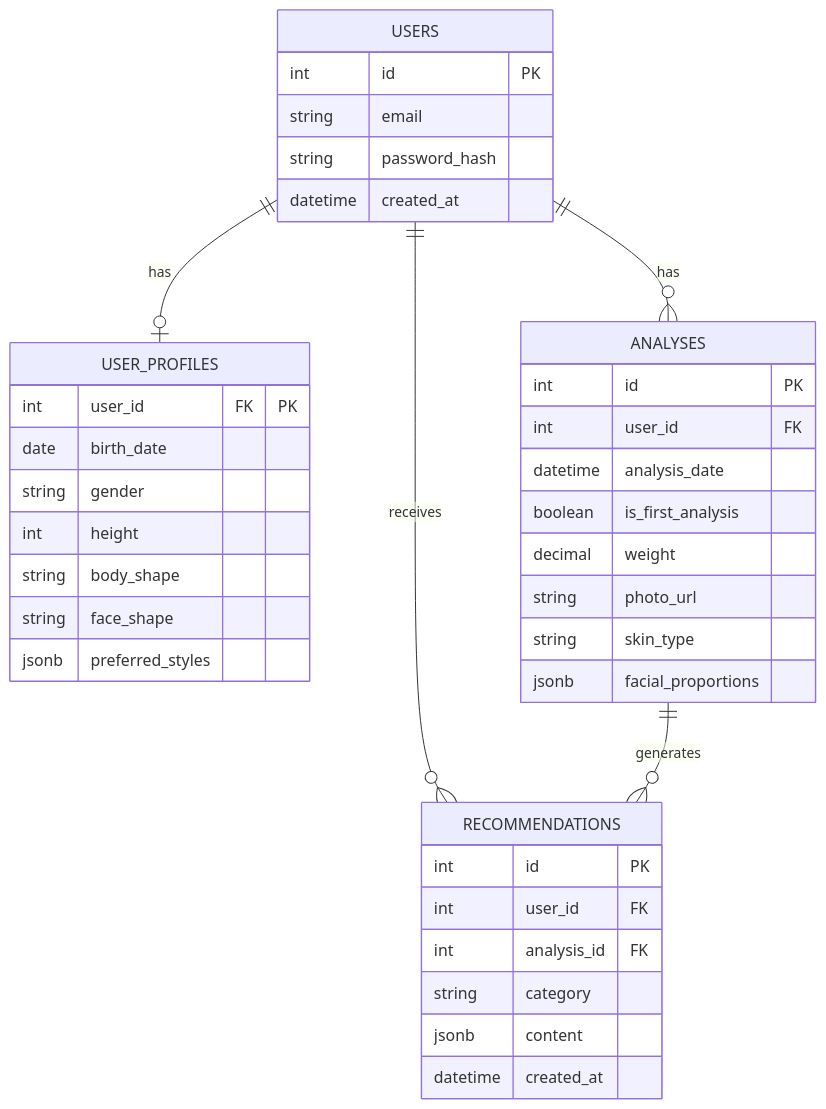
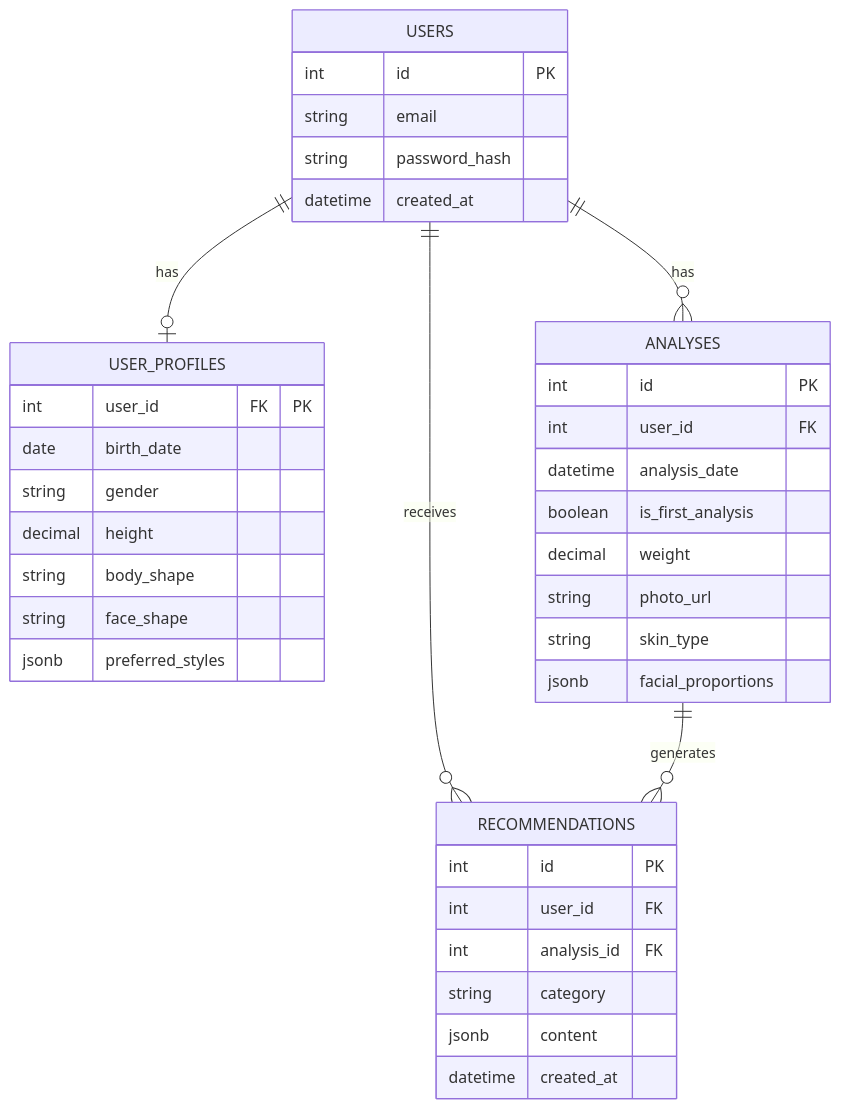
The diagram in schema_diagram.mmd (yigitemrertn/AdvanceSelf), drawn with Mermaid before and after one commit. The commit also changed 1 other file, not shown here.

Commit message:
Update height to support decimal values / Boy alanini ondalikli degerler icin guncelle

```diff
--- a/schema_diagram.mmd
+++ b/schema_diagram.mmd
@@ -1,39 +1,39 @@
 erDiagram
     USERS ||--o| USER_PROFILES : has
     USERS ||--o{ ANALYSES : has
     USERS ||--o{ RECOMMENDATIONS : receives
     ANALYSES ||--o{ RECOMMENDATIONS : generates
 
     USERS {
         int id PK
         string email
         string password_hash
         datetime created_at
     }
     USER_PROFILES {
         int user_id FK "PK"
         date birth_date
         string gender
-        int height
+        decimal height
         string body_shape
         string face_shape
         jsonb preferred_styles
     }
     ANALYSES {
         int id PK
         int user_id FK
         datetime analysis_date
         boolean is_first_analysis
         decimal weight
         string photo_url
         string skin_type
         jsonb facial_proportions
     }
     RECOMMENDATIONS {
         int id PK
         int user_id FK
         int analysis_id FK
         string category
         jsonb content
         datetime created_at
     }
```
